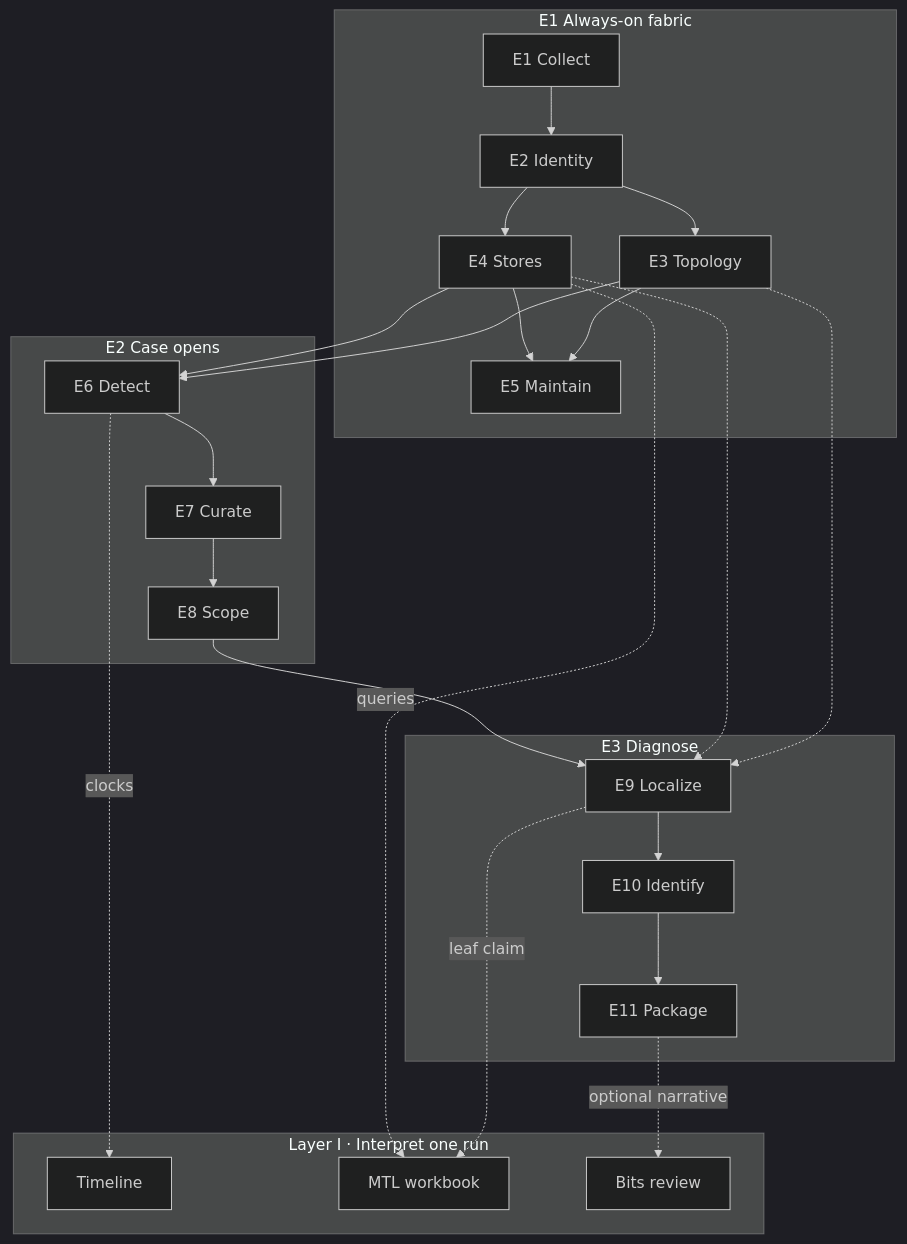
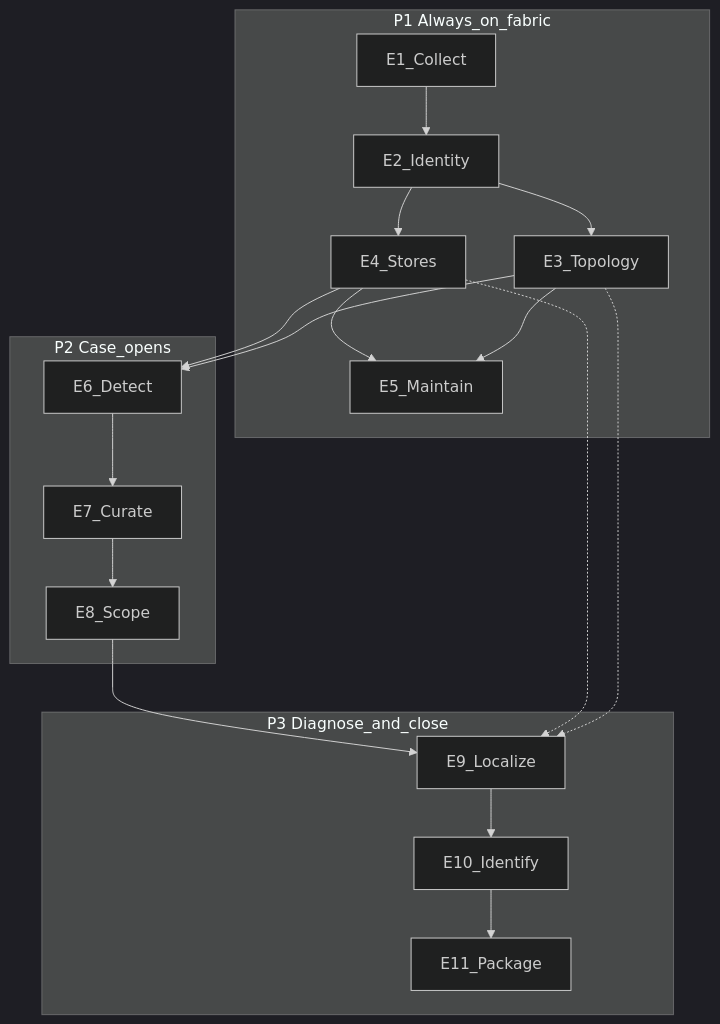
The second of 2 diagrams in benchmarking/dashboard/OBSERVEOPS_PIPELINE_HLD.md (harshilshah2501/unified-rca-pipeline), drawn with Mermaid (dark theme) before and after one commit. The commit also changed other lines of this file and 88 other files, not shown here.

````diff
--- a/benchmarking/dashboard/OBSERVEOPS_PIPELINE_HLD.md
+++ b/benchmarking/dashboard/OBSERVEOPS_PIPELINE_HLD.md
@@ -91,43 +76,22 @@
 ```mermaid
 flowchart TB
-  subgraph E1["E1 Always-on fabric"]
-    C[E1 Collect]
-    I[E2 Identity]
-    T[E3 Topology]
-    S[E4 Stores]
-    M[E5 Maintain]
-    C --> I --> S
-    I --> T
-    S --> M
-    T --> M
+  subgraph p1 [P1 Always_on_fabric]
+    E1[E1_Collect] --> E2[E2_Identity]
+    E2 --> E4[E4_Stores]
+    E2 --> E3[E3_Topology]
+    E4 --> E5[E5_Maintain]
+    E3 --> E5
   end
 
-  subgraph E2["E2 Case opens"]
-    D[E6 Detect]
-    U[E7 Curate]
-    P[E8 Scope]
-    S --> D
-    T --> D
-    D --> U --> P
+  subgraph p2 [P2 Case_opens]
+    E4 --> E6[E6_Detect]
+    E3 --> E6
+    E6 --> E7[E7_Curate] --> E8[E8_Scope]
   end
 
-  subgraph E3["E3 Diagnose"]
-    L[E9 Localize]
-    R[E10 Identify]
-    K[E11 Package]
-    P --> L --> R --> K
-    S -.-> L
-    T -.-> L
+  subgraph p3 [P3 Diagnose_and_close]
+    E8 --> E9[E9_Localize] --> E10[E10_Identify] --> E11[E11_Package]
+    E4 -.-> E9
+    E3 -.-> E9
   end
-
-  subgraph Inter["Layer I · Interpret one run"]
-    TL[Timeline]
-    MTL[MTL workbook]
-    BITS[Bits review]
-  end
-
-  K -.->|optional narrative| BITS
-  S -.->|queries| MTL
-  D -.->|clocks| TL
-  L -.->|leaf claim| MTL
 ```
````
